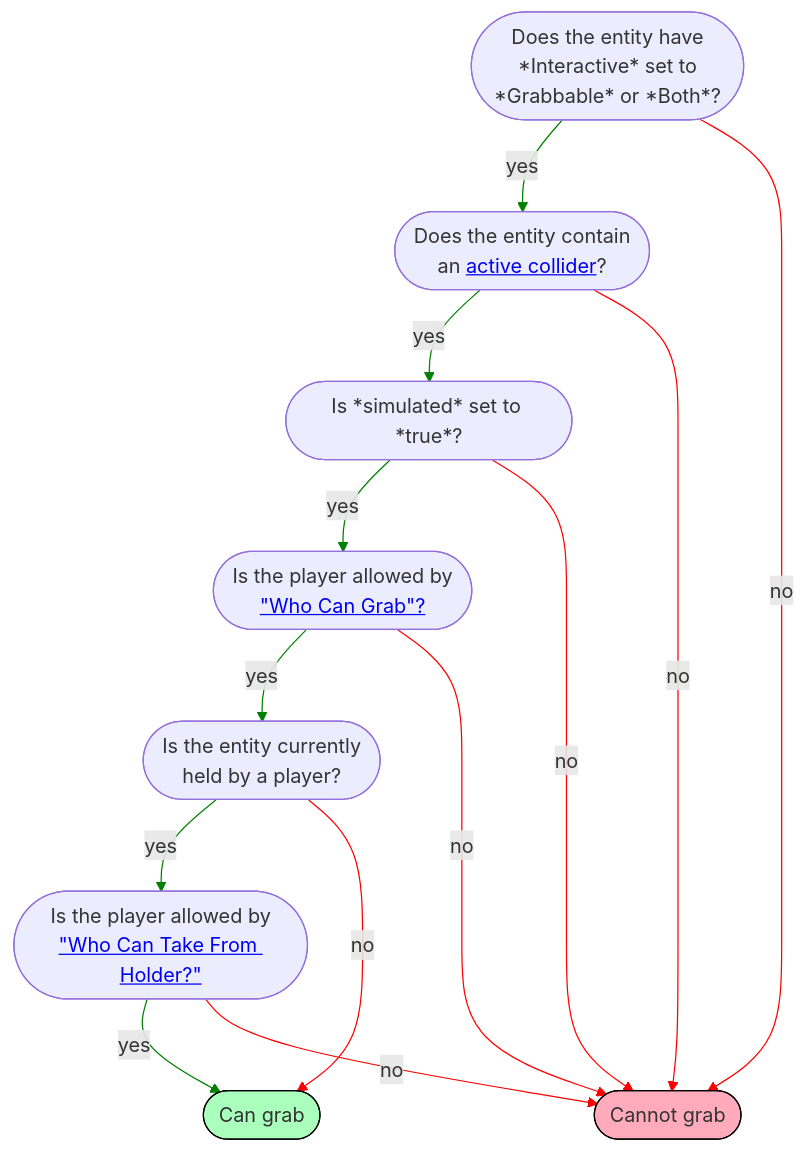
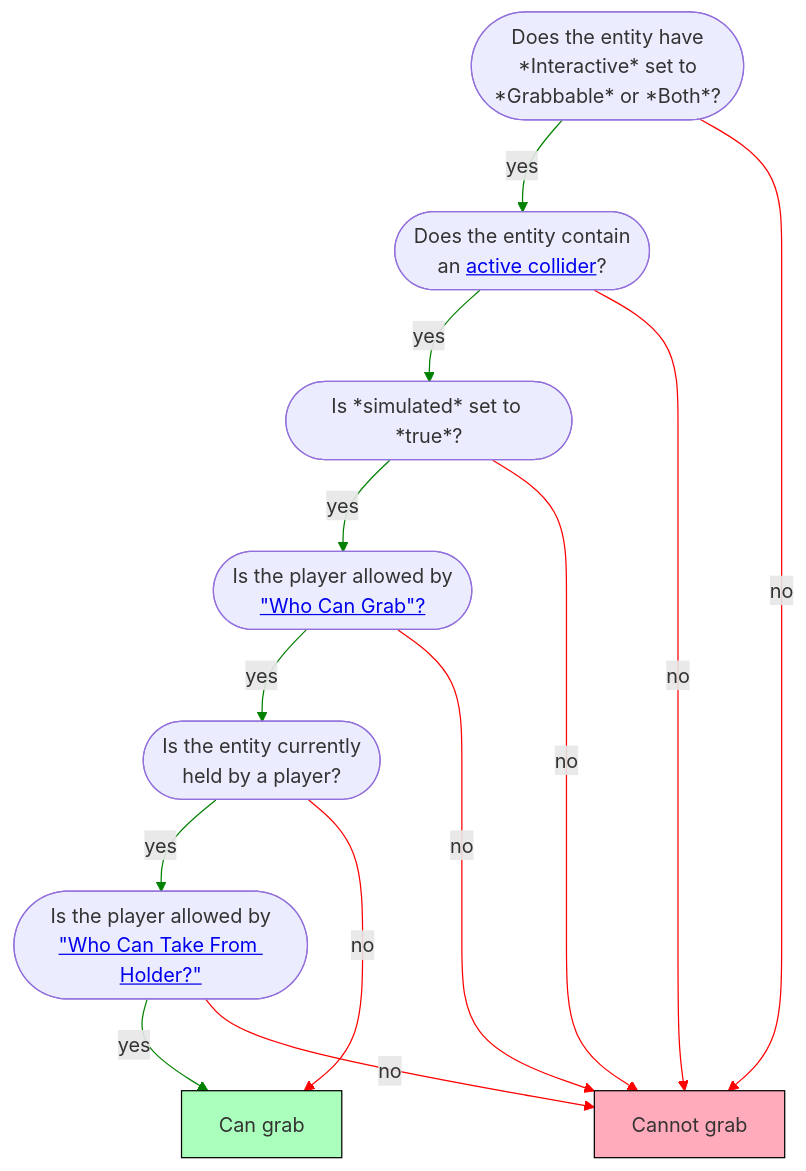
Before and after one commit to MHCPCreators/horizonCreatorManual: the fourth of 6 diagrams in HorizonTechnicalDoc.md, drawn with Mermaid. The commit also changed other lines of this file, not shown here.

````diff
--- a/HorizonTechnicalDoc.md
+++ b/HorizonTechnicalDoc.md
@@ -1499,27 +1730,27 @@
 ```mermaid
 flowchart TD
     style fail fill:#ffabbc,stroke:black;
     style success fill:#abffbc,stroke:black;
 
     isInteractive([Does the entity have<br/>*Interactive* set to<br/> *Grabbable* or *Both*?]) -- yes --> activeCollider([Does the entity contain<br/>an <a href="#collidability">active collider</a>?])
 
-    isInteractive -- no --> fail([Cannot grab])
+    isInteractive -- no --> fail[Cannot grab]
 
     activeCollider -- yes --> simulated([Is *simulated* set to *true*?])
     activeCollider -- no --> fail
 
     simulated -- yes --> canGrab([Is the player allowed by<br/><a href="#setting-who-can-grab">&quot;Who Can Grab&quot;?</a>])
     simulated -- no --> fail
 
     canGrab -- yes --> isHeld([Is the entity currently<br/>held by a player?])
     canGrab -- no --> fail
 
     isHeld -- yes --> canTake([Is the player allowed by<br/><a href="#setting-who-can-take-from-holder">&quot;Who Can Take From Holder?&quot;</a>])
-    isHeld -- no --> success([Can grab])
+    isHeld -- no --> success[Can grab]
 
     canTake -- yes --> success
     canTake -- no --> fail
 
     linkStyle 0,2,4,6,8,10 stroke:green,stroke-width:1px;
     linkStyle 1,3,5,7,9,11 stroke:red,stroke-width:1px;
 ```
````
